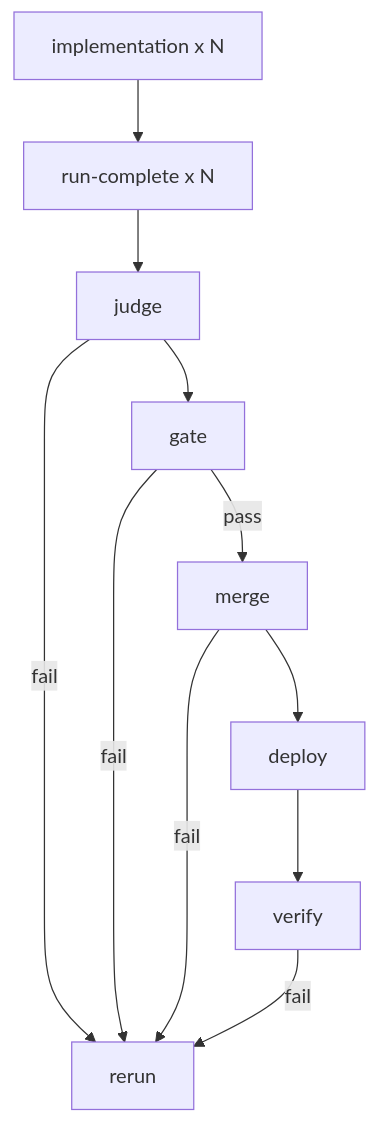
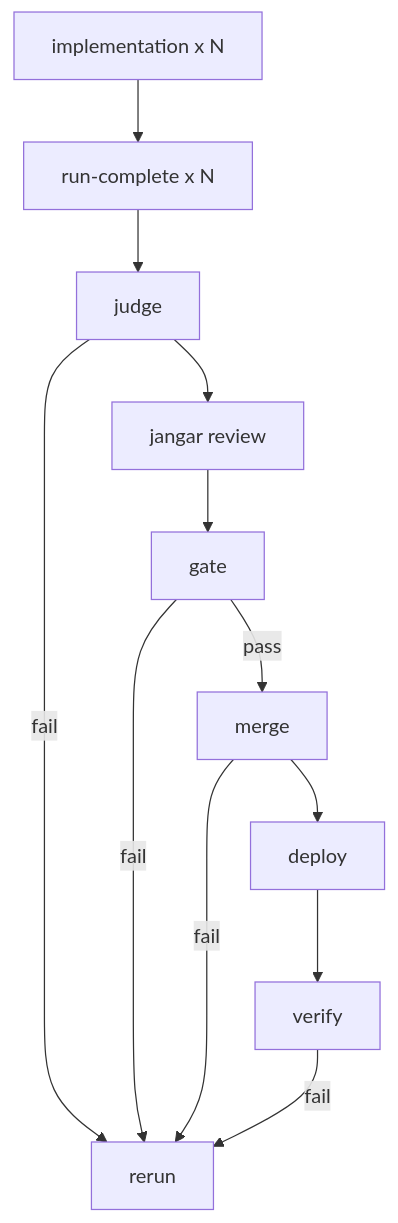
Before and after one commit to proompteng/lab: the diagram in docs/jangar/autonomous-codex-end-to-end-design-v2.md, drawn with Mermaid. The commit also changed other lines of this file, not shown here.

Commit message:
docs: define auto codex production flow

````diff
--- a/docs/jangar/autonomous-codex-end-to-end-design-v2.md
+++ b/docs/jangar/autonomous-codex-end-to-end-design-v2.md
@@ -215,13 +238,14 @@
 ```mermaid
 flowchart TD
   implementation[implementation x N] --> run_complete[run-complete x N]
   run_complete --> judge[judge]
-  judge --> gate[gate]
+  judge --> jangar_review[jangar review]
+  jangar_review --> gate[gate]
   gate -->|pass| merge[merge]
   merge --> deploy[deploy]
   deploy --> verify[verify]
   judge -->|fail| rerun[rerun]
   gate -->|fail| rerun
   merge -->|fail| rerun
   verify -->|fail| rerun
 ```
````
